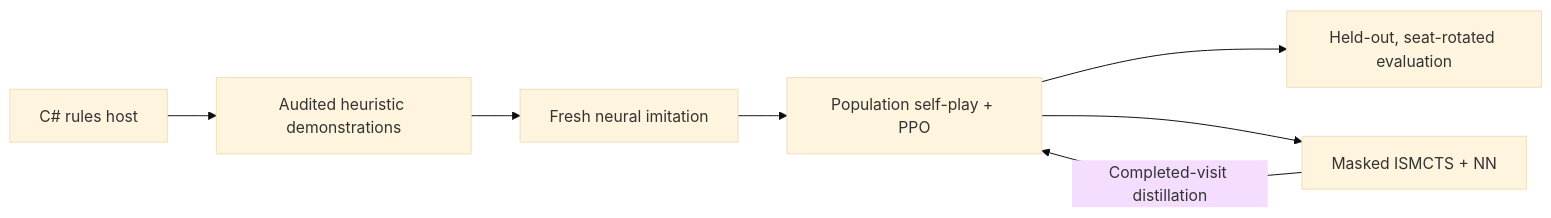
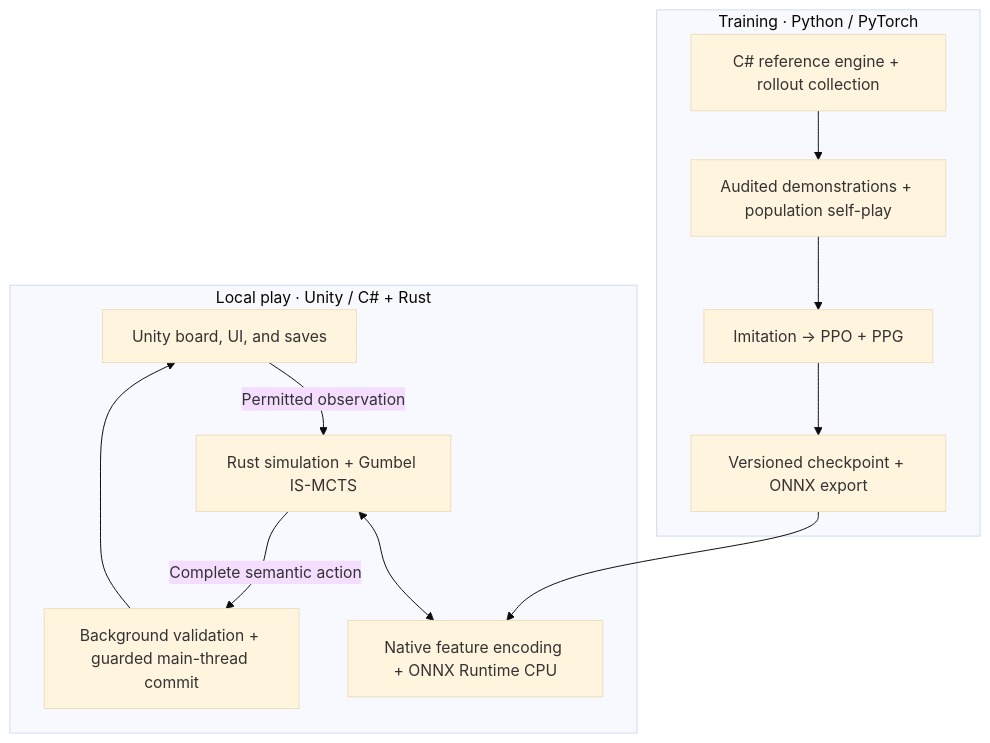
One commit to riverside234/brass-ai changed the diagram in README.md. Above: the diagram before and after it, drawn with Mermaid (base theme). The commit also changed other lines of this file and 80 other files, not shown here.

Commit message:
Add local Rust AI release integration

````diff
--- a/README.md
+++ b/README.md
@@ -23,9 +30,16 @@
 ```mermaid
-flowchart LR
-    H["C# rules host"] --> D["Audited heuristic demonstrations"]
-    D --> I["Fresh neural imitation"]
-    I --> P["Population self-play + PPO"]
-    P --> E["Held-out, seat-rotated evaluation"]
-    P --> S["Masked ISMCTS + NN"]
-    S -->|Completed-visit distillation| P
+flowchart TB
+    subgraph Training["Training · Python / PyTorch"]
+        C["C# reference engine + rollout collection"] --> D["Audited demonstrations + population self-play"]
+        D --> P["Imitation → PPO + PPG"]
+        P --> M["Versioned checkpoint + ONNX export"]
+    end
+
+    subgraph Game["Local play · Unity / C# + Rust"]
+        U["Unity board, UI, and saves"] -->|Permitted observation| R["Rust simulation + Gumbel IS-MCTS"]
+        R <--> N["Native feature encoding + ONNX Runtime CPU"]
+        M --> N
+        R -->|Complete semantic action| V["Background validation + guarded main-thread commit"]
+        V --> U
+    end
 ```
````
